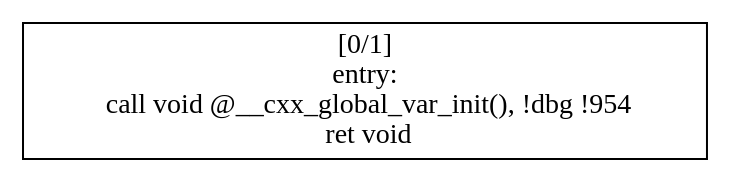
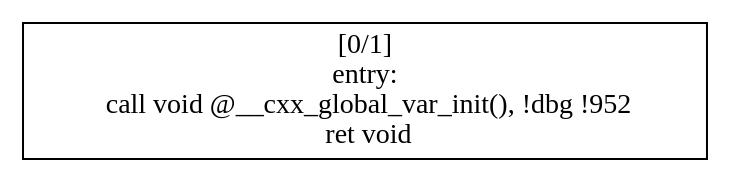
Before and after one commit to harel-coffee/PParMetrics-auto: the diagram in playground/dot/loop-nest/cdg/_GLOBAL__sub_I_loop_nest.cpp.cdg.dfs.dot.dot, drawn with Graphviz. The commit also changed 268 other files, not shown here.

```diff
--- a/playground/dot/loop-nest/cdg/_GLOBAL__sub_I_loop_nest.cpp.cdg.dfs.dot.dot
+++ b/playground/dot/loop-nest/cdg/_GLOBAL__sub_I_loop_nest.cpp.cdg.dfs.dot.dot
@@ -1,13 +1,13 @@
 
 digraph G {
 
 
-node271 [label="[0/1]
+node176 [label="[0/1]
 entry:
-  call void @__cxx_global_var_init(), !dbg !954
+  call void @__cxx_global_var_init(), !dbg !952
   ret void
 ",shape=rectangle ]
 
 
 
 }
```
